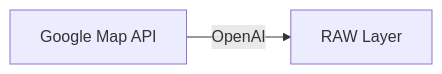
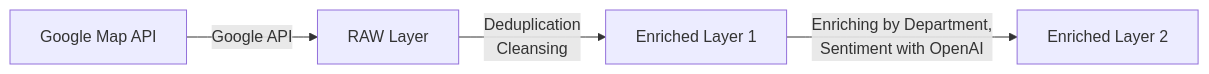
The diagram in README.md (4iurchenko/ReviseCareAI), drawn with Mermaid before and after one commit.

````diff
--- a/README.md
+++ b/README.md
@@ -21,4 +21,6 @@
 ```mermaid
 graph LR
-    A[Google Map API] --OpenAI--> B[RAW Layer]
+    A[Google Map API] --Google API--> B[RAW Layer]
+    B --Deduplication<br>Cleansing<br>--> C[Enriched Layer 1]
+    C --Enriching by Department,<br>Sentiment with OpenAI-->D[Enriched Layer 2]
 ```
````
